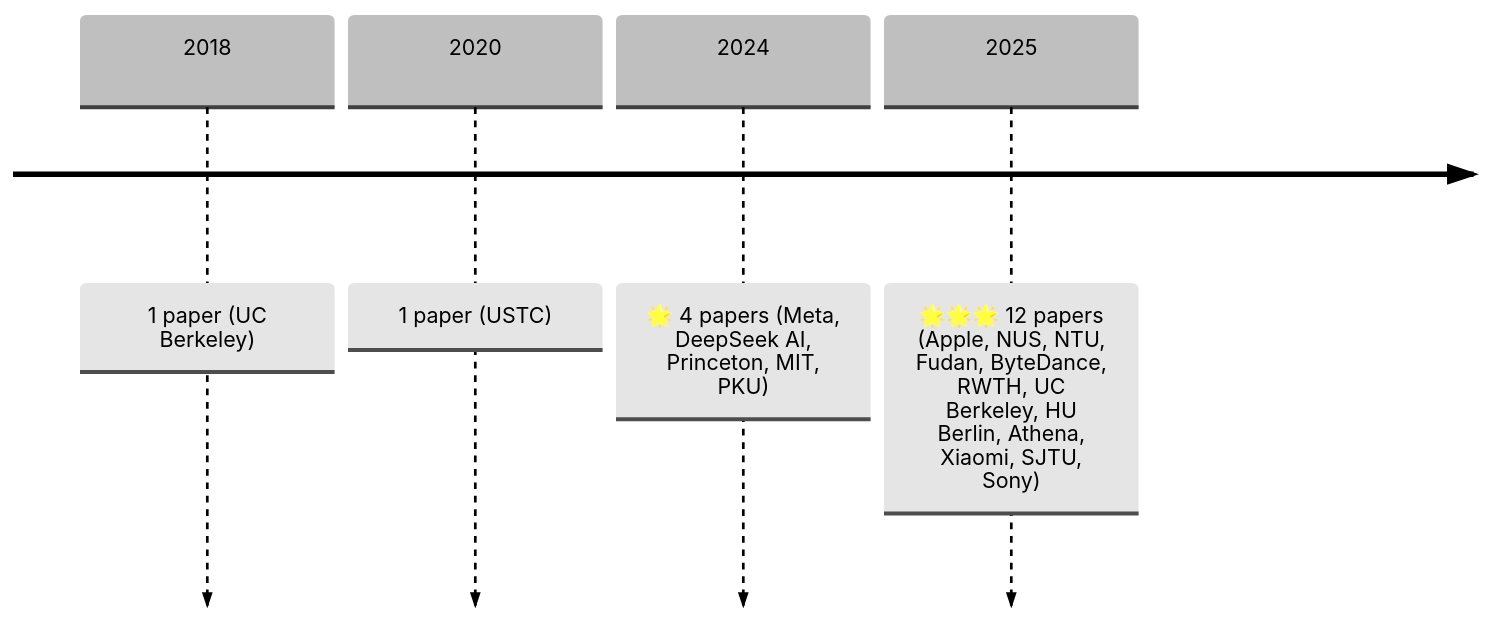
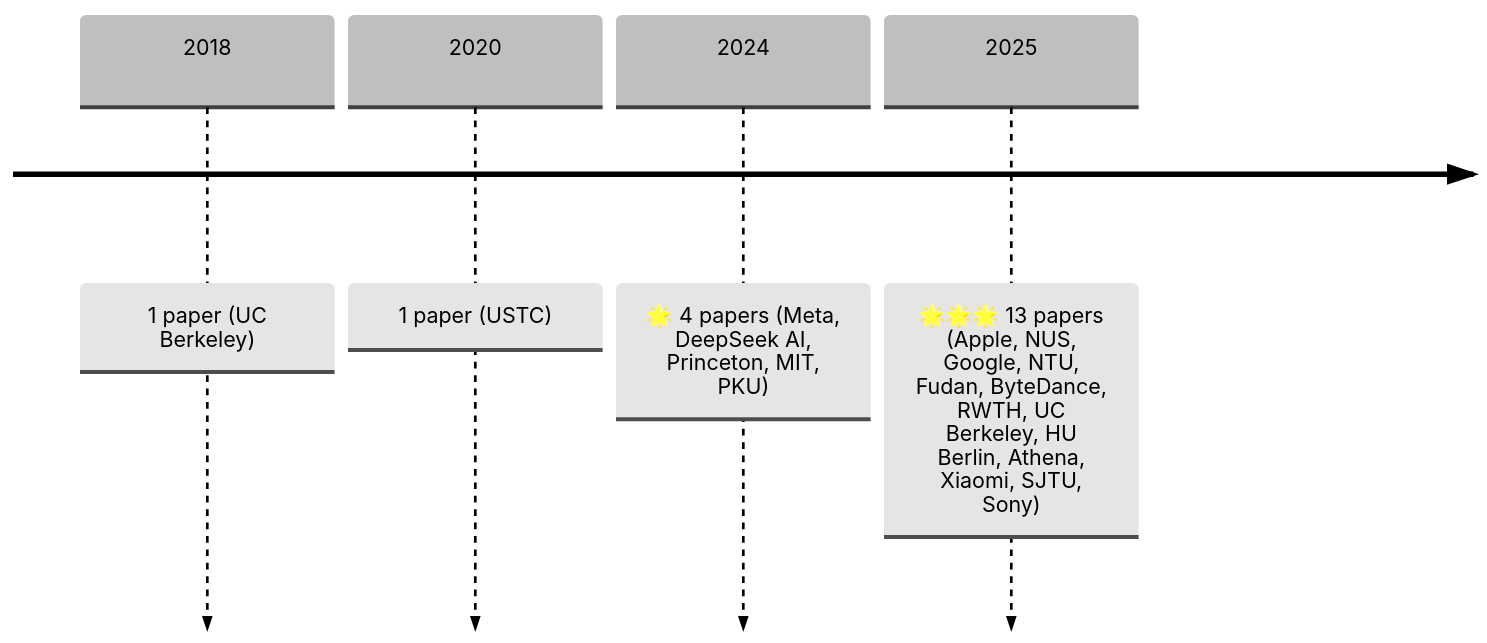
The diagram in README.md (Xiaohao-Liu/Awesome-Multi-Token-Prediction), drawn with Mermaid before and after one commit. The commit also changed other lines of this file, not shown here.

````diff
--- a/README.md
+++ b/README.md
@@ -10,19 +10,19 @@
 ```mermaid
 ---
 config:
   theme: base
   themeVariables:
     primaryColor: '#ffffff'
     primaryTextColor: '#000000'
     primaryBorderColor: '#ffffff'
     lineColor: '#ffffff'
     secondaryColor: '#ffffff'
     tertiaryColor: '#ffffff'
 ---
 timeline
     2018: 1 paper (UC Berkeley)
     2020: 1 paper (USTC)
     2024: 🌟 4 papers (Meta, DeepSeek AI, Princeton, MIT, PKU)
-    2025: 🌟🌟🌟 12 papers (Apple, NUS, NTU, Fudan, ByteDance, RWTH, UC Berkeley, HU Berlin, Athena, Xiaomi, SJTU, Sony)
+    2025: 🌟🌟🌟 13 papers (Apple, NUS, Google, NTU, Fudan, ByteDance, RWTH, UC Berkeley, HU Berlin, Athena, Xiaomi, SJTU, Sony)
 
 ```
````
